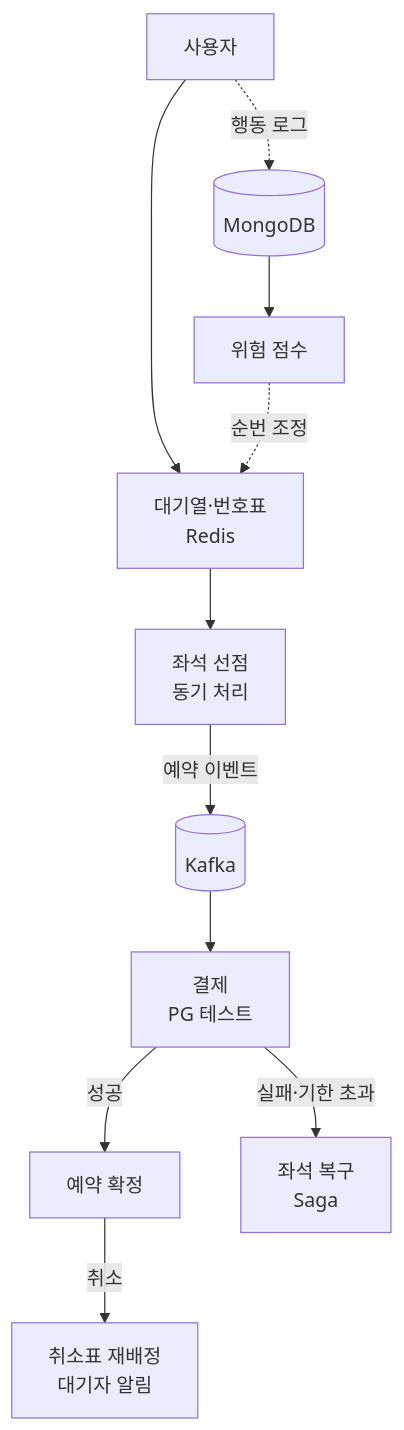
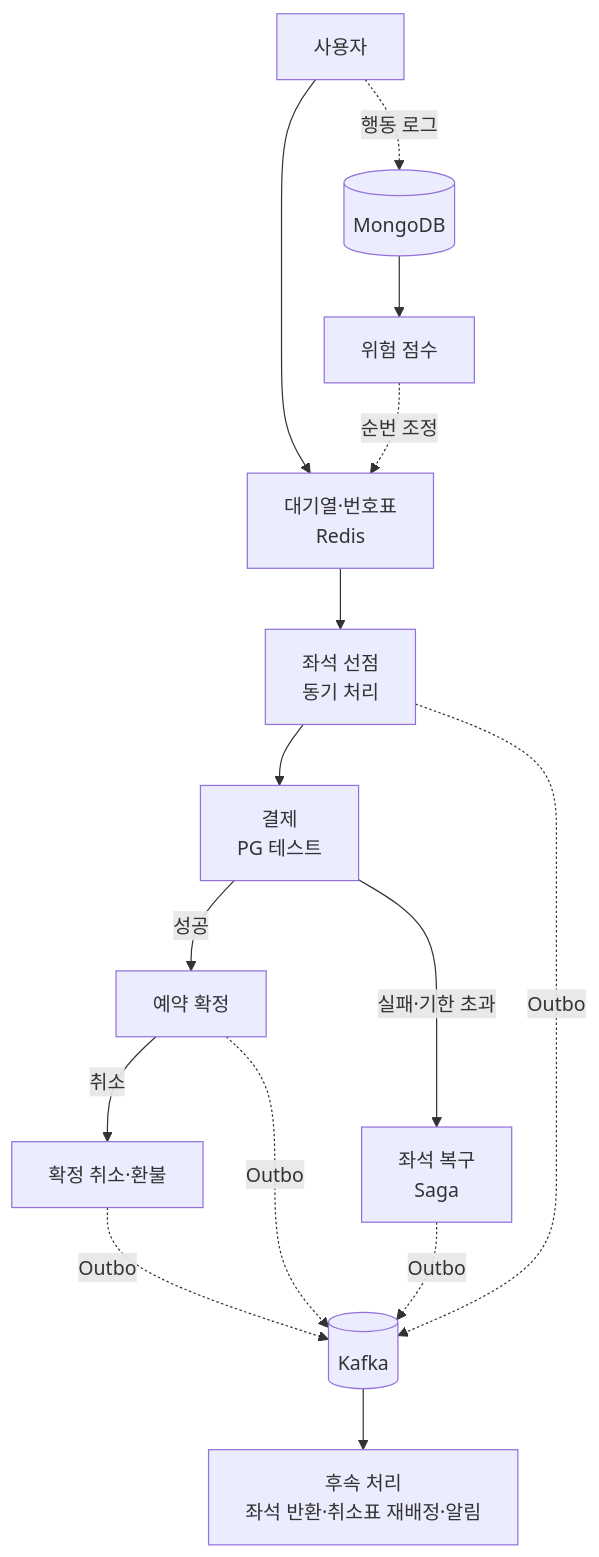
Before and after one commit to BrainSaver/Jejari: the diagram in README.md, drawn with Mermaid. The commit also changed other lines of this file and 4 other files, not shown here.

````diff
--- a/README.md
+++ b/README.md
@@ -142,13 +142,17 @@
 ```mermaid
 flowchart TD
     U[사용자] --> Q[대기열·번호표<br/>Redis]
     Q --> S[좌석 선점<br/>동기 처리]
-    S -->|예약 이벤트| K[(Kafka)]
-    K --> P[결제<br/>PG 테스트]
+    S --> P[결제<br/>PG 테스트]
     P -->|성공| C[예약 확정]
     P -->|실패·기한 초과| R[좌석 복구<br/>Saga]
-    C -->|취소| X[취소표 재배정<br/>대기자 알림]
+    C -->|취소| X[확정 취소·환불]
+    S -.Outbox.-> K[(Kafka)]
+    C -.Outbox.-> K
+    R -.Outbox.-> K
+    X -.Outbox.-> K
+    K --> F[후속 처리<br/>좌석 반환·취소표 재배정·알림]
     U -.행동 로그.-> L[(MongoDB)]
     L --> RS[위험 점수]
     RS -.순번 조정.-> Q
 ```
````
